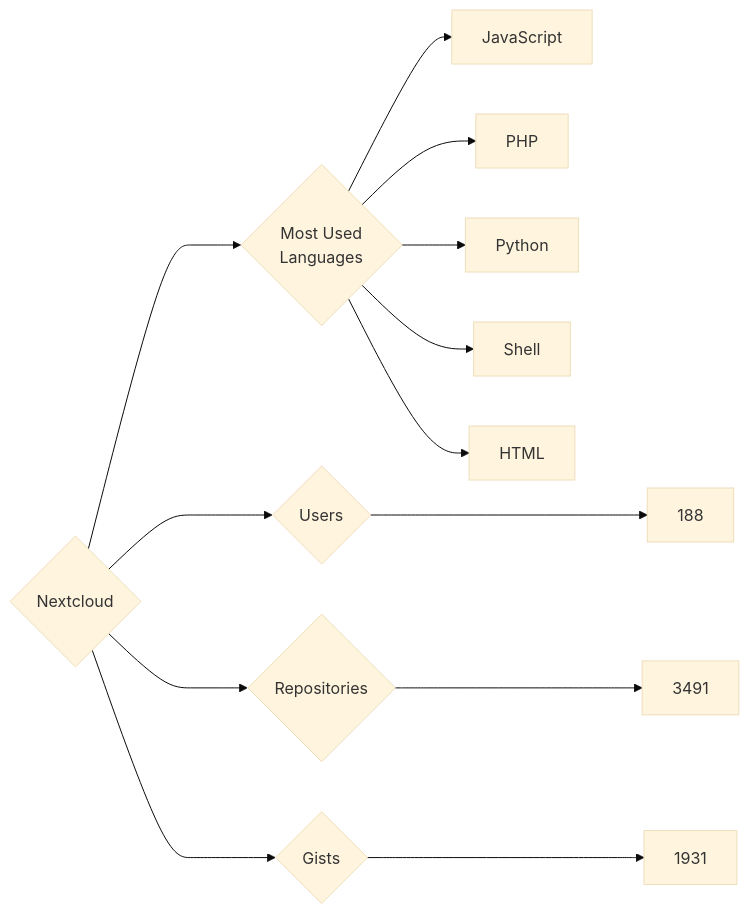
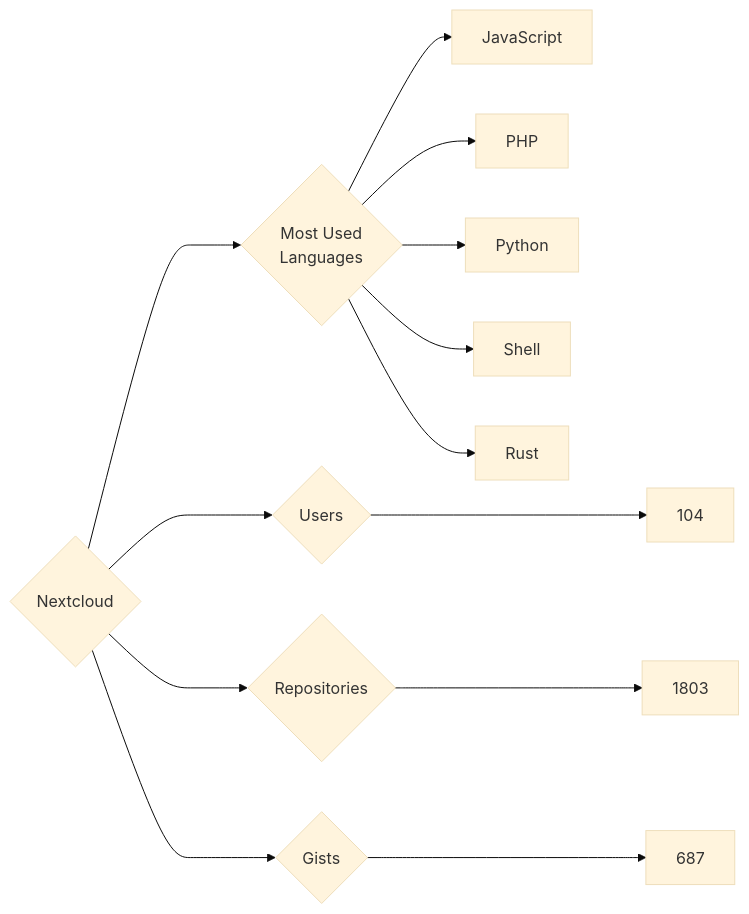
The diagram in targets/Nextcloud/README.md (trickest/insiders), drawn with Mermaid (base theme) before and after one commit. The commit also changed 794 other files, not shown here.

````diff
--- a/targets/Nextcloud/README.md
+++ b/targets/Nextcloud/README.md
@@ -3,13 +3,13 @@
 ```mermaid
 graph LR
 COMPANY_NAME{Nextcloud}
-COMPANY_NAME ---> U{Users} ---> UN[188]
-COMPANY_NAME ---> R{Repositories} ---> RN[3491]
-COMPANY_NAME ---> G{Gists} ---> GN[1931]
+COMPANY_NAME ---> U{Users} ---> UN[104]
+COMPANY_NAME ---> R{Repositories} ---> RN[1803]
+COMPANY_NAME ---> G{Gists} ---> GN[687]
 COMPANY_NAME ---> ML{Most Used<br>Languages}
 ML --> JavaScript[JavaScript]
 ML --> PHP[PHP]
 ML --> Python[Python]
 ML --> Shell[Shell]
-ML --> HTML[HTML]
+ML --> Rust[Rust]
 ```
````
